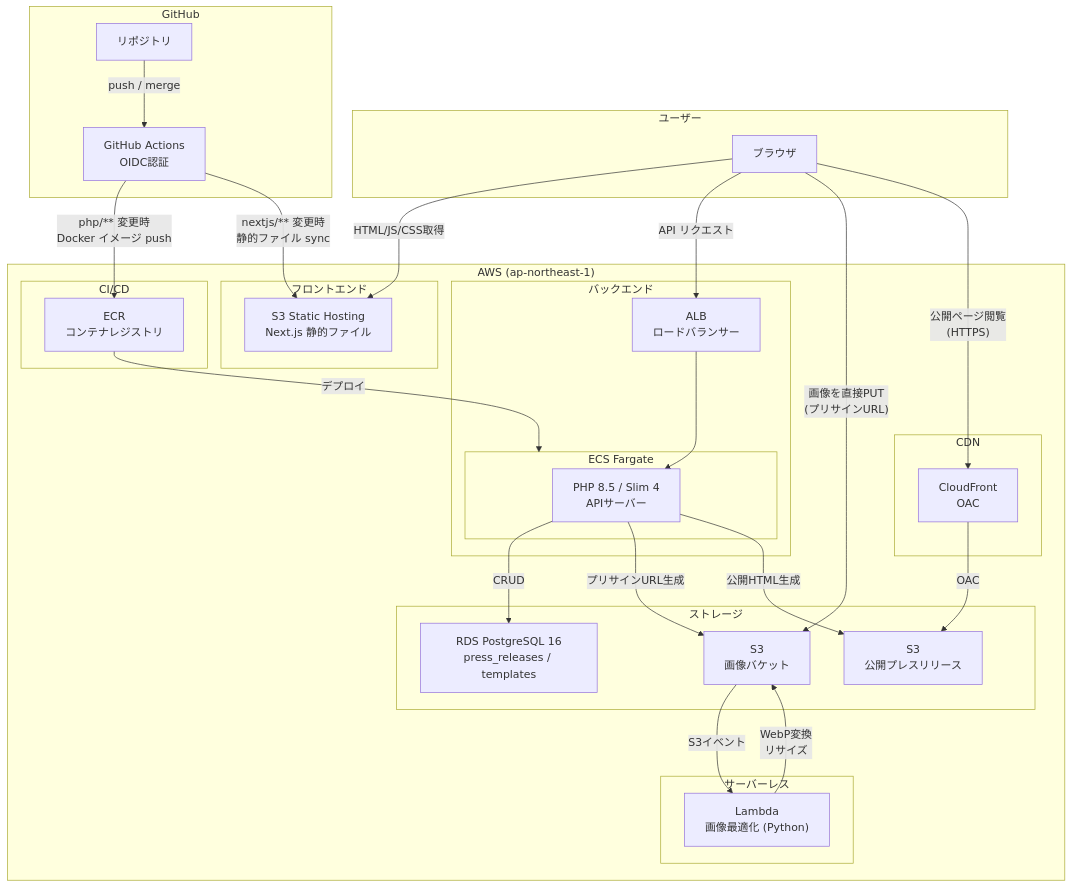
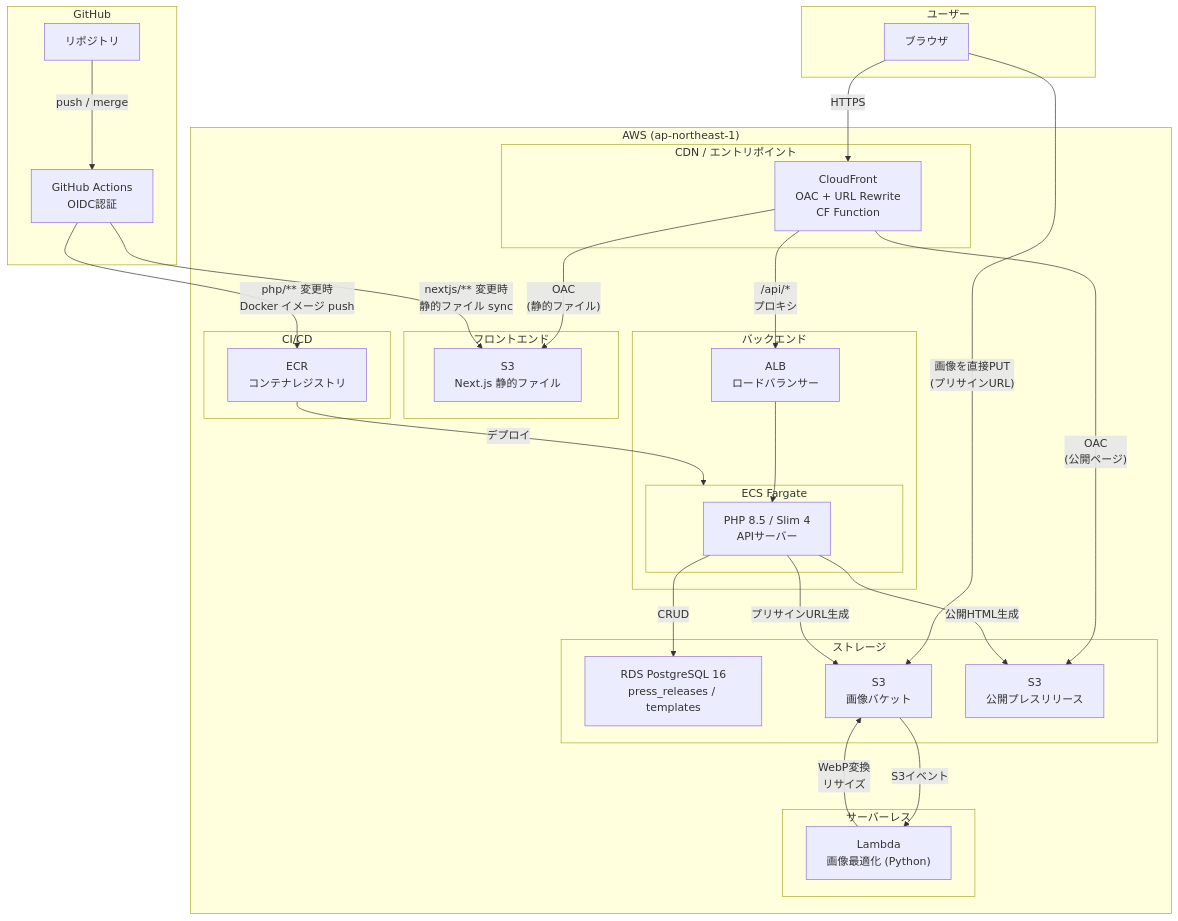
One commit to norman6464/early_riser changed the first of 2 diagrams in README.md. Above: the diagram before and after it, drawn with Mermaid. The commit also changed other lines of this file and 2 other files, not shown here.

First line of the commit message:
docs: README更新とAWS構成図の反映

````diff
--- a/README.md
+++ b/README.md
@@ -79,58 +84,58 @@
 ```mermaid
 graph TB
     subgraph User["ユーザー"]
         Browser["ブラウザ"]
     end
 
     subgraph AWS["AWS (ap-northeast-1)"]
+        subgraph CDN["CDN / エントリポイント"]
+            CF["CloudFront<br/>OAC + URL Rewrite<br/>CF Function"]
+        end
+
         subgraph Frontend["フロントエンド"]
-            S3_FE["S3 Static Hosting<br/>Next.js 静的ファイル"]
+            S3_FE["S3<br/>Next.js 静的ファイル"]
         end
 
         subgraph Backend["バックエンド"]
             ALB["ALB<br/>ロードバランサー"]
             subgraph ECS["ECS Fargate"]
                 PHP["PHP 8.5 / Slim 4<br/>APIサーバー"]
             end
         end
 
         subgraph Storage["ストレージ"]
             RDS["RDS PostgreSQL 16<br/>press_releases / templates"]
             S3_IMG["S3<br/>画像バケット"]
             S3_PUB["S3<br/>公開プレスリリース"]
-        end
-
-        subgraph CDN["CDN"]
-            CF["CloudFront<br/>OAC"]
         end
 
         subgraph Serverless["サーバーレス"]
             Lambda["Lambda<br/>画像最適化 (Python)"]
         end
 
         subgraph CI["CI/CD"]
             ECR["ECR<br/>コンテナレジストリ"]
         end
     end
 
     subgraph GitHub["GitHub"]
         Repo["リポジトリ"]
         Actions["GitHub Actions<br/>OIDC認証"]
     end
 
-    Browser -->|"HTML/JS/CSS取得"| S3_FE
-    Browser -->|"API リクエスト"| ALB
+    Browser -->|"HTTPS"| CF
+    CF -->|"OAC<br/>(静的ファイル)"| S3_FE
+    CF -->|"/api/*<br/>プロキシ"| ALB
+    CF -->|"OAC<br/>(公開ページ)"| S3_PUB
     Browser -->|"画像を直接PUT<br/>(プリサインURL)"| S3_IMG
-    Browser -->|"公開ページ閲覧<br/>(HTTPS)"| CF
     ALB --> PHP
     PHP -->|"CRUD"| RDS
     PHP -->|"プリサインURL生成"| S3_IMG
     PHP -->|"公開HTML生成"| S3_PUB
-    CF -->|"OAC"| S3_PUB
     S3_IMG -->|"S3イベント"| Lambda
     Lambda -->|"WebP変換<br/>リサイズ"| S3_IMG
     Repo -->|"push / merge"| Actions
     Actions -->|"php/** 変更時<br/>Docker イメージ push"| ECR
     Actions -->|"nextjs/** 変更時<br/>静的ファイル sync"| S3_FE
     ECR -->|"デプロイ"| ECS
 ```
````
